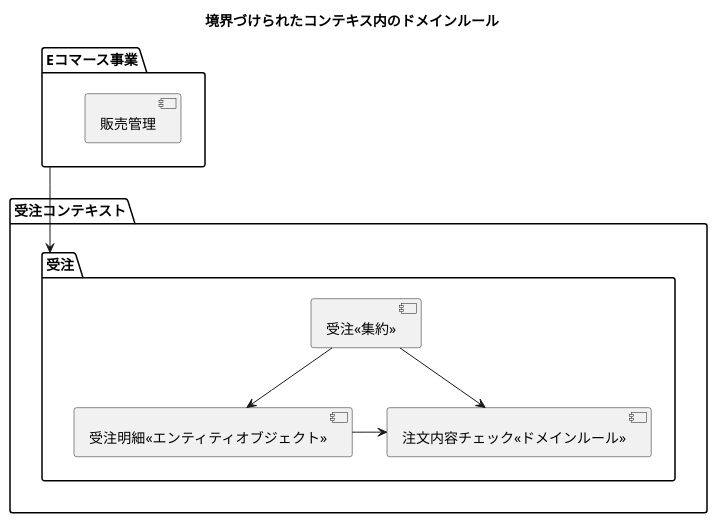
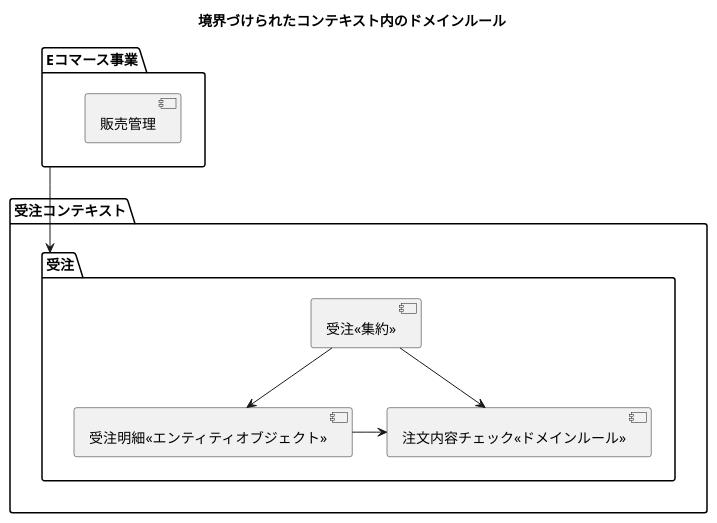
Before and after one commit to k2works/zen-docs: the diagram in puml/c2fbee1b884f10/diagram-07.puml, drawn with PlantUML. The commit also changed 11 other files, not shown here.

First line of the commit message:
fix: CRLF の Markdown で plantuml ブロックを検出できるようにする

```diff
--- a/puml/c2fbee1b884f10/diagram-07.puml
+++ b/puml/c2fbee1b884f10/diagram-07.puml
@@ -1,21 +1,21 @@
 @startuml
-title 境界づけられたコンテキス内のドメインルール
+title 境界づけられたコンテキスト内のドメインルール
 
 package "Eコマース事業" {
     [販売管理] as SalesManagement
 }
 
 package 受注コンテキスト {
     package "受注" {
         [受注<<集約>>]
         [受注明細<<エンティティオブジェクト>>]
         [注文内容チェック<<ドメインルール>>]
     }
 }
 
 
 "Eコマース事業" --> "受注"
 "受注<<集約>>" --> "受注明細<<エンティティオブジェクト>>"
 "受注<<集約>>" --> "注文内容チェック<<ドメインルール>>"
 "受注明細<<エンティティオブジェクト>>" -> "注文内容チェック<<ドメインルール>>"
 @enduml
```
